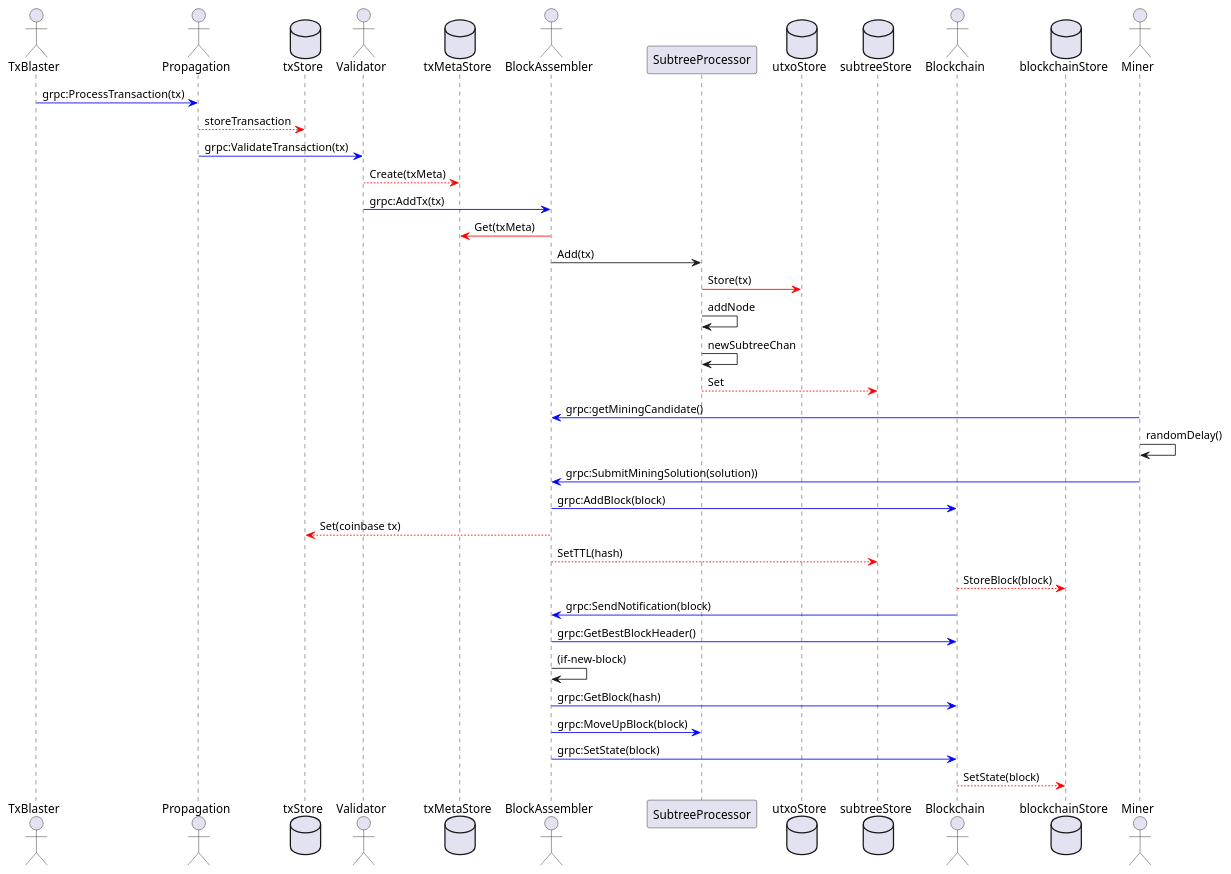
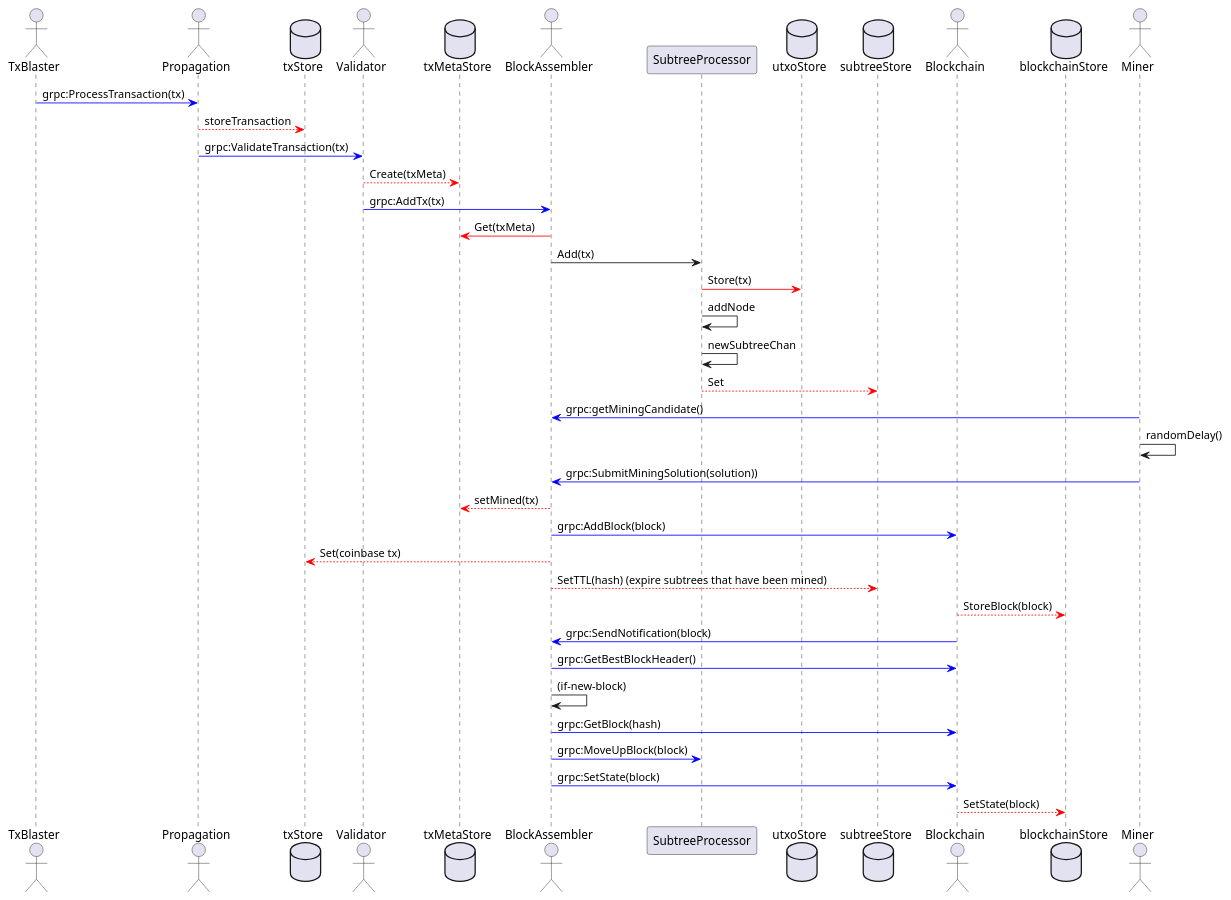
One commit to freemans13/teranode changed the diagram in docs/overview.puml. Above: the diagram before and after it, drawn with PlantUML.

Commit message:
Show more flows in diagram

```diff
--- a/docs/overview.puml
+++ b/docs/overview.puml
@@ -1,48 +1,49 @@
 @startuml overview
 actor TxBlaster
 actor Propagation
 database txStore
 actor Validator
 database txMetaStore
 actor BlockAssembler
 participant SubtreeProcessor
 database utxoStore
 database subtreeStore
 Actor Blockchain
 database blockchainStore
 actor Miner
 
 TxBlaster -[#blue]> Propagation : grpc:ProcessTransaction(tx)
 Propagation -[#red]-> txStore: storeTransaction
 Propagation -[#blue]> Validator: grpc:ValidateTransaction(tx)
 
 Validator -[#red]-> txMetaStore: Create(txMeta)
 Validator -[#blue]> BlockAssembler: grpc:AddTx(tx)
 
 BlockAssembler -[#red]> txMetaStore: Get(txMeta)
 BlockAssembler -> SubtreeProcessor: Add(tx)
 SubtreeProcessor -[#red]> utxoStore: Store(tx)
 SubtreeProcessor -> SubtreeProcessor : addNode
 SubtreeProcessor -> SubtreeProcessor : newSubtreeChan
 SubtreeProcessor -[#red]-> subtreeStore : Set
 
 
 
 Miner -[#blue]> BlockAssembler : grpc:getMiningCandidate()
 Miner -> Miner : randomDelay()
 Miner -[#blue]> BlockAssembler : grpc:SubmitMiningSolution(solution))
 
+BlockAssembler -[#red]-> txMetaStore: setMined(tx)
 BlockAssembler -[#blue]> Blockchain : grpc:AddBlock(block)
 BlockAssembler -[#red]-> txStore : Set(coinbase tx)
-BlockAssembler -[#red]-> subtreeStore : SetTTL(hash)
+BlockAssembler -[#red]-> subtreeStore : SetTTL(hash) (expire subtrees that have been mined)
 Blockchain -[#red]-> blockchainStore : StoreBlock(block)
 Blockchain -[#blue]> BlockAssembler : grpc:SendNotification(block)
 BlockAssembler -[#blue]> Blockchain : grpc:GetBestBlockHeader()
 BlockAssembler -> BlockAssembler : (if-new-block)
 BlockAssembler -[#blue]> Blockchain : grpc:GetBlock(hash)
 BlockAssembler -[#blue]> SubtreeProcessor : grpc:MoveUpBlock(block)
 BlockAssembler -[#blue]> Blockchain : grpc:SetState(block)
 Blockchain -[#red]-> blockchainStore : SetState(block)
 
 
 @enduml
```
